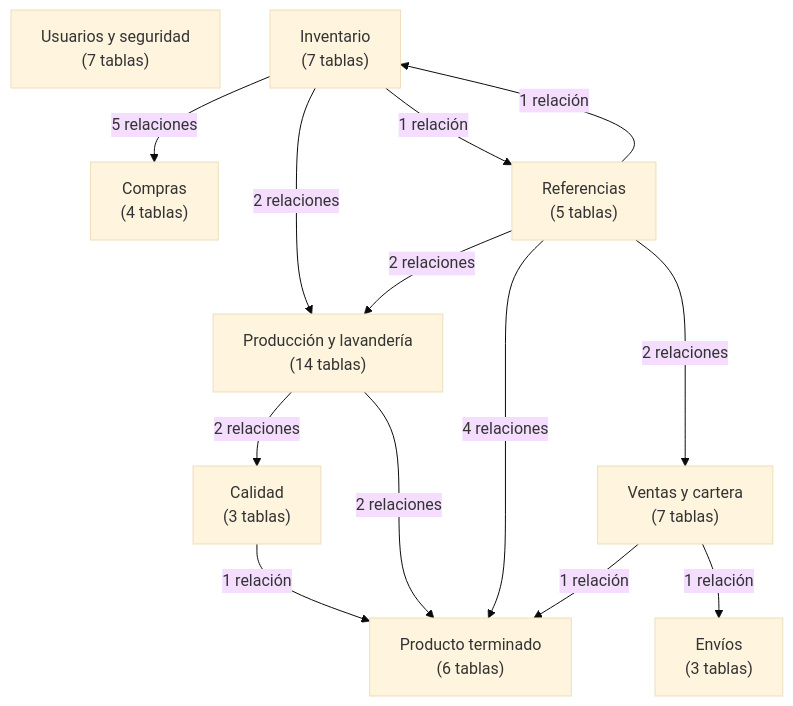
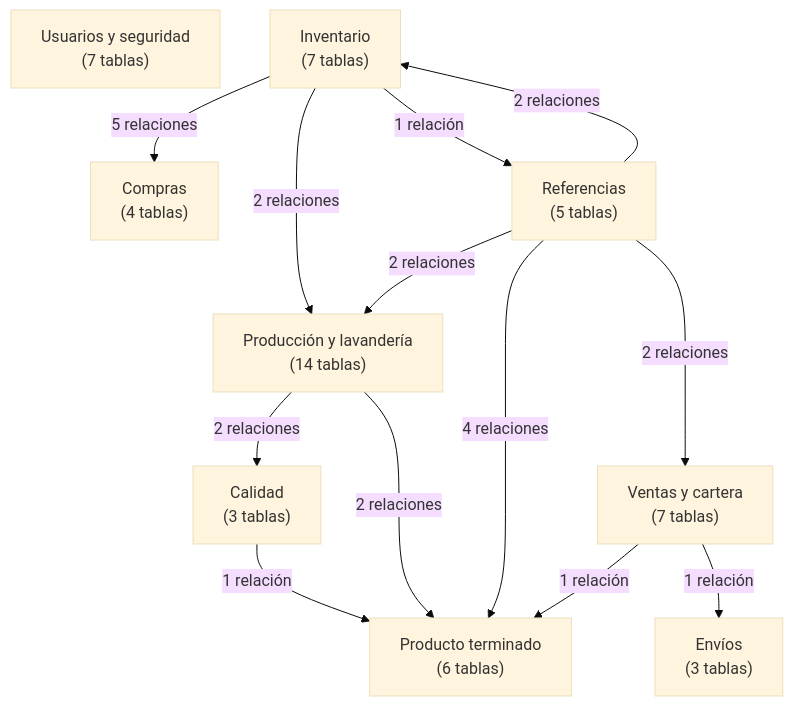
The first of 13 diagrams in docs/modelo-de-datos.md (BayronVV/TexCoreERP-Backend), drawn with Mermaid (base theme) before and after one commit. The commit also changed other lines of this file and 23 other files, not shown here.

````diff
--- a/docs/modelo-de-datos.md
+++ b/docs/modelo-de-datos.md
@@ -149,24 +149,24 @@
     ```mermaid
     flowchart TB
         m_seguridad["Usuarios y seguridad<br/>(7 tablas)"]
         m_inventario["Inventario<br/>(7 tablas)"]
         m_compras["Compras<br/>(4 tablas)"]
         m_referencias["Referencias<br/>(5 tablas)"]
         m_produccion["Producción y lavandería<br/>(14 tablas)"]
         m_calidad["Calidad<br/>(3 tablas)"]
         m_terminado["Producto terminado<br/>(6 tablas)"]
         m_ventas["Ventas y cartera<br/>(7 tablas)"]
         m_envios["Envíos<br/>(3 tablas)"]
         m_calidad -->|"1 relación"| m_terminado
         m_inventario -->|"5 relaciones"| m_compras
         m_inventario -->|"2 relaciones"| m_produccion
         m_inventario -->|"1 relación"| m_referencias
         m_produccion -->|"2 relaciones"| m_calidad
         m_produccion -->|"2 relaciones"| m_terminado
-        m_referencias -->|"1 relación"| m_inventario
+        m_referencias -->|"2 relaciones"| m_inventario
         m_referencias -->|"2 relaciones"| m_produccion
         m_referencias -->|"4 relaciones"| m_terminado
         m_referencias -->|"2 relaciones"| m_ventas
         m_ventas -->|"1 relación"| m_envios
         m_ventas -->|"1 relación"| m_terminado
     ```
````
